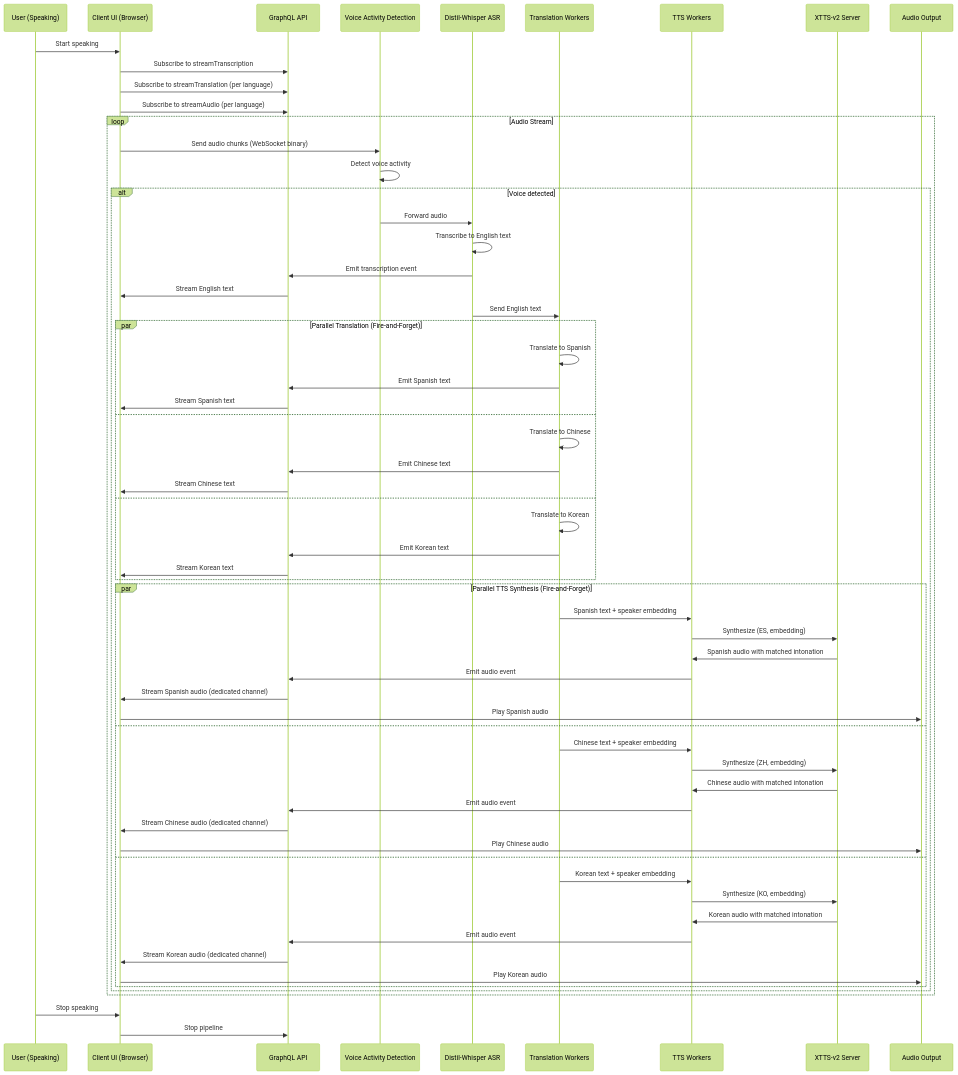
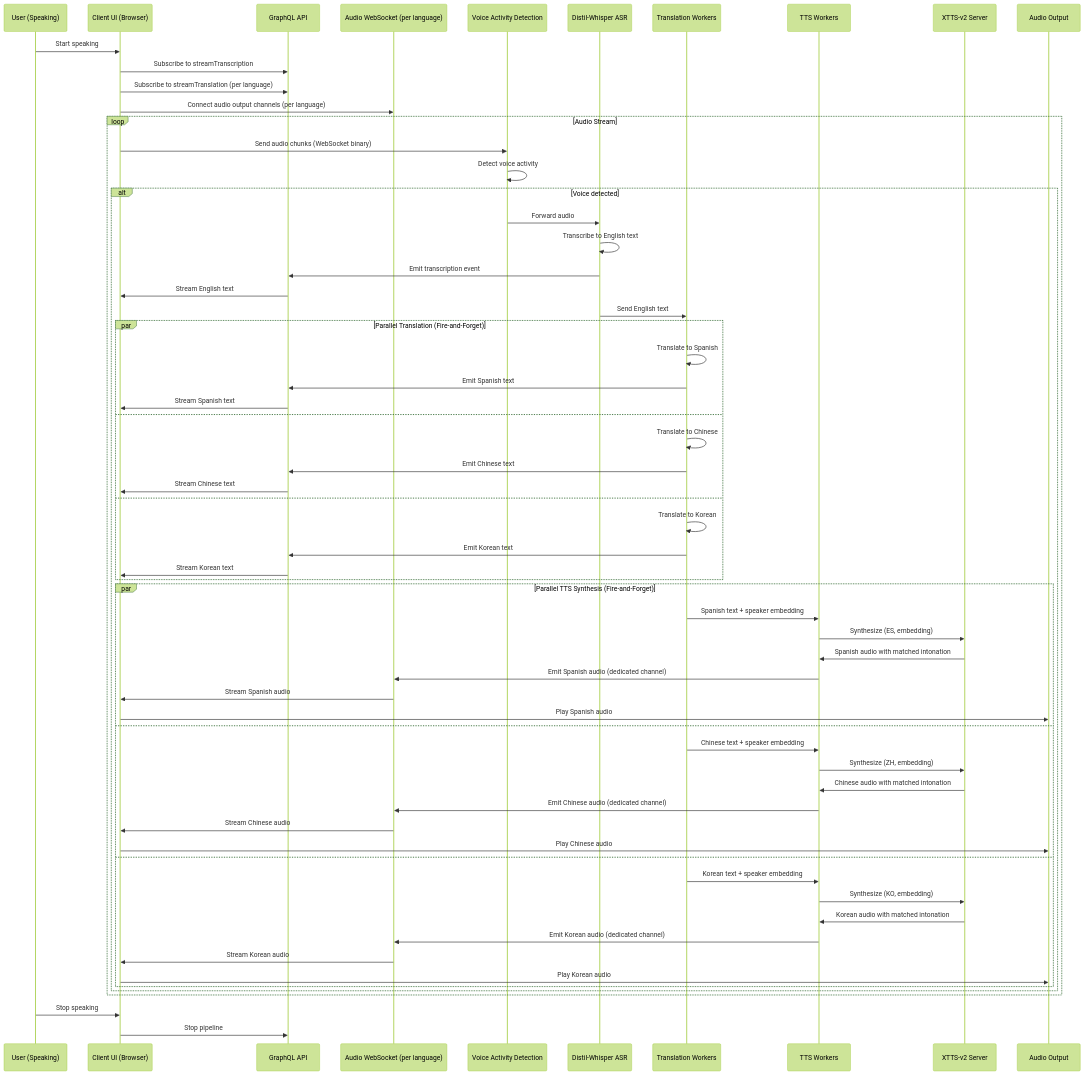
The second of 17 diagrams in plans/project-plan.md (naturally-translate/voice-bridge), drawn with Mermaid (forest theme) before and after one commit. The commit also changed other lines of this file, not shown here.

````diff
--- a/plans/project-plan.md
+++ b/plans/project-plan.md
@@ -152,71 +155,72 @@
 ```mermaid
 sequenceDiagram
     participant U as User (Speaking)
     participant UI as Client UI (Browser)
     participant API as GraphQL API
+    participant AudioWS as Audio WebSocket (per language)
     participant VAD as Voice Activity Detection
     participant ASR as Distil-Whisper ASR
     participant T as Translation Workers
     participant TTS as TTS Workers
     participant XTTS as XTTS-v2 Server
     participant Audio as Audio Output
 
     U->>UI: Start speaking
     UI->>API: Subscribe to streamTranscription
     UI->>API: Subscribe to streamTranslation (per language)
-    UI->>API: Subscribe to streamAudio (per language)
+    UI->>AudioWS: Connect audio output channels (per language)
 
     loop Audio Stream
         UI->>VAD: Send audio chunks (WebSocket binary)
         VAD->>VAD: Detect voice activity
 
         alt Voice detected
             VAD->>ASR: Forward audio
             ASR->>ASR: Transcribe to English text
             ASR->>API: Emit transcription event
             API->>UI: Stream English text
 
             ASR->>T: Send English text
 
             par Parallel Translation (Fire-and-Forget)
                 T->>T: Translate to Spanish
                 T->>API: Emit Spanish text
                 API->>UI: Stream Spanish text
             and
                 T->>T: Translate to Chinese
                 T->>API: Emit Chinese text
                 API->>UI: Stream Chinese text
             and
                 T->>T: Translate to Korean
                 T->>API: Emit Korean text
                 API->>UI: Stream Korean text
             end
 
             par Parallel TTS Synthesis (Fire-and-Forget)
                 T->>TTS: Spanish text + speaker embedding
                 TTS->>XTTS: Synthesize (ES, embedding)
                 XTTS->>TTS: Spanish audio with matched intonation
-                TTS->>API: Emit audio event
-                API->>UI: Stream Spanish audio (dedicated channel)
+                TTS->>AudioWS: Emit Spanish audio (dedicated channel)
+                AudioWS->>UI: Stream Spanish audio
                 UI->>Audio: Play Spanish audio
             and
                 T->>TTS: Chinese text + speaker embedding
                 TTS->>XTTS: Synthesize (ZH, embedding)
                 XTTS->>TTS: Chinese audio with matched intonation
-                TTS->>API: Emit audio event
-                API->>UI: Stream Chinese audio (dedicated channel)
+                TTS->>AudioWS: Emit Chinese audio (dedicated channel)
+                AudioWS->>UI: Stream Chinese audio
                 UI->>Audio: Play Chinese audio
             and
                 T->>TTS: Korean text + speaker embedding
                 TTS->>XTTS: Synthesize (KO, embedding)
                 XTTS->>TTS: Korean audio with matched intonation
-                TTS->>API: Emit audio event
-                API->>UI: Stream Korean audio (dedicated channel)
+                TTS->>AudioWS: Emit Korean audio (dedicated channel)
+                AudioWS->>UI: Stream Korean audio
                 UI->>Audio: Play Korean audio
             end
         end
     end
 
     U->>UI: Stop speaking
     UI->>API: Stop pipeline
 ```
````
